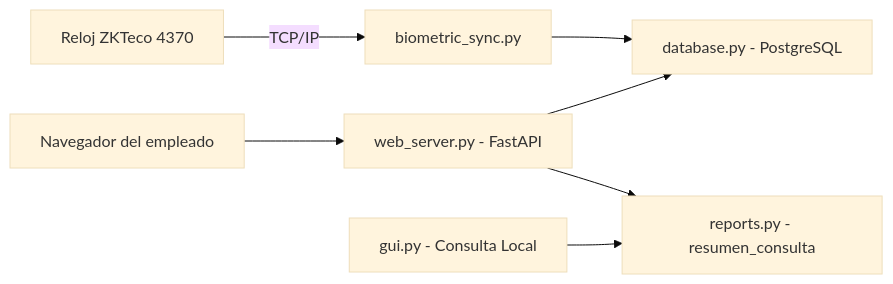
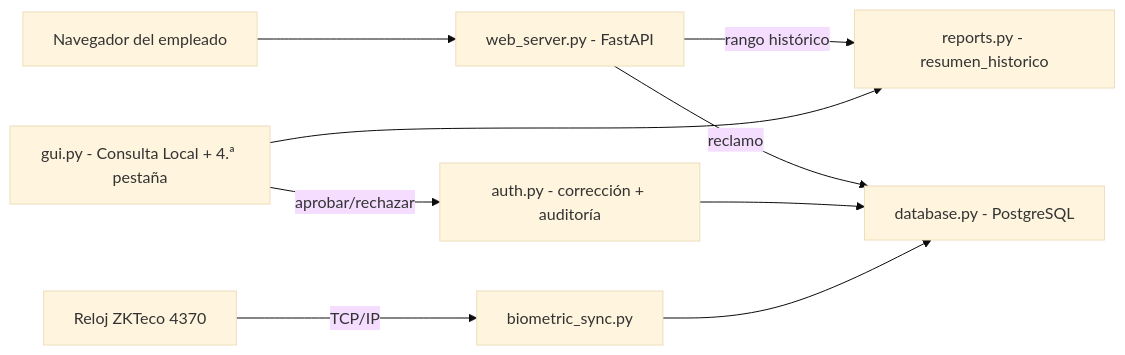
The diagram in Sistema de Marcacion/Estructura Web y Conexión Biométrica.md (nandres/sistema-marcacion-empresarial), drawn with Mermaid (base theme) before and after one commit. The commit also changed other lines of this file and 8 other files, not shown here.

````diff
--- a/Sistema de Marcacion/Estructura Web y Conexión Biométrica.md
+++ b/Sistema de Marcacion/Estructura Web y Conexión Biométrica.md
@@ -40,9 +66,11 @@
 ```mermaid
 flowchart LR
     NAV[Navegador del empleado] --> WEB[web_server.py - FastAPI]
-    WEB --> REP[reports.py - resumen_consulta]
-    WEB --> DB[database.py - PostgreSQL]
+    WEB -->|rango histórico| REP[reports.py - resumen_historico]
+    WEB -->|reclamo| DB[database.py - PostgreSQL]
+    GUI[gui.py - Consulta Local + 4.ª pestaña] --> REP
+    GUI -->|aprobar/rechazar| AUTH[auth.py - corrección + auditoría]
+    AUTH --> DB
     RELOJ[Reloj ZKTeco 4370] -->|TCP/IP| BIO[biometric_sync.py]
     BIO --> DB
-    GUI[gui.py - Consulta Local] --> REP
 ```
````
